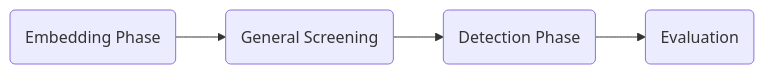
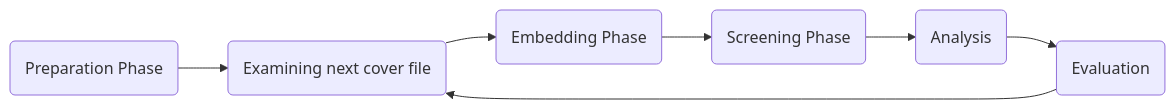
One commit to bh-8/amsl-it-security-projects changed the diagram in SMKITS5/README.md. Above: the diagram before and after it, drawn with Mermaid. The commit also changed 1 other file, not shown here.

Commit message:
script 3.10

````diff
--- a/SMKITS5/README.md
+++ b/SMKITS5/README.md
@@ -56,10 +56,15 @@
     ```mermaid
     flowchart LR;
+        prep(Preparation Phase)
+        cover(Examining next cover file)
         embed(Embedding Phase)
-        screening(General Screening)
-        detecting(Detection Phase)
-        evaluate(Evaluation)
+        screening(Screening Phase)
+        analysis(Analysis)
+        eval(Evaluation)
+        prep-->cover
+        cover-->embed
         embed-->screening
-        screening-->detecting
-        detecting-->evaluate
+        screening-->analysis
+        analysis-->eval
+        eval-->cover
     ```
````
